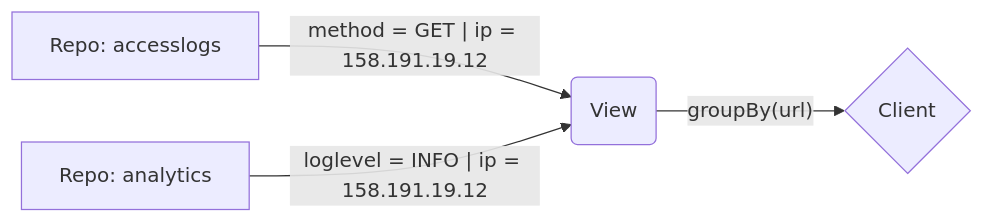
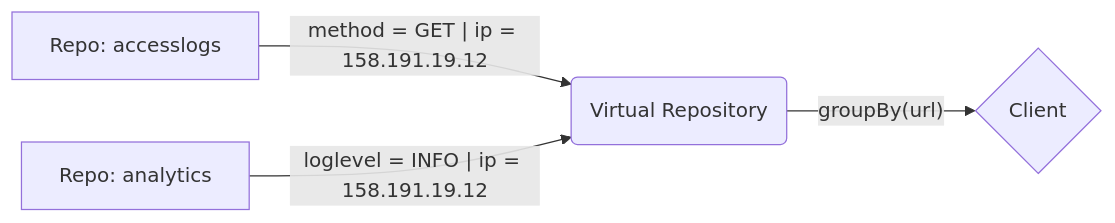
One commit to somedatapacket/docs.humio.com changed the second of 2 diagrams in content/getting_started/views.md. Above: the diagram before and after it, drawn with Mermaid. The commit also changed other lines of this file, not shown here.

```diff
--- a/content/getting_started/views.md
+++ b/content/getting_started/views.md
@@ -83,6 +83,6 @@
 {{<mermaid align="center">}}
 graph LR;
-    A[Repo: accesslogs] -->|"method = GET | ip = 158.191.19.12"| B("View")
+    A[Repo: accesslogs] -->|"method = GET | ip = 158.191.19.12"| B("Virtual Repository")
     C[Repo: analytics] -->|"loglevel = INFO | ip = 158.191.19.12"| B
     B -->|"groupBy(url)"| D{Client}
 {{< /mermaid >}}
```
